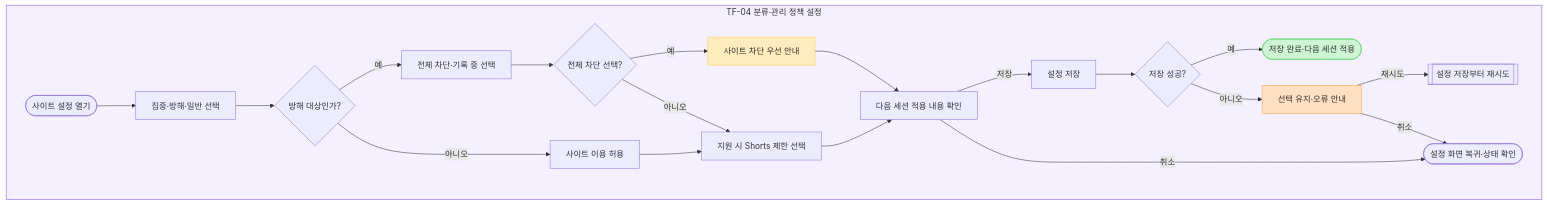
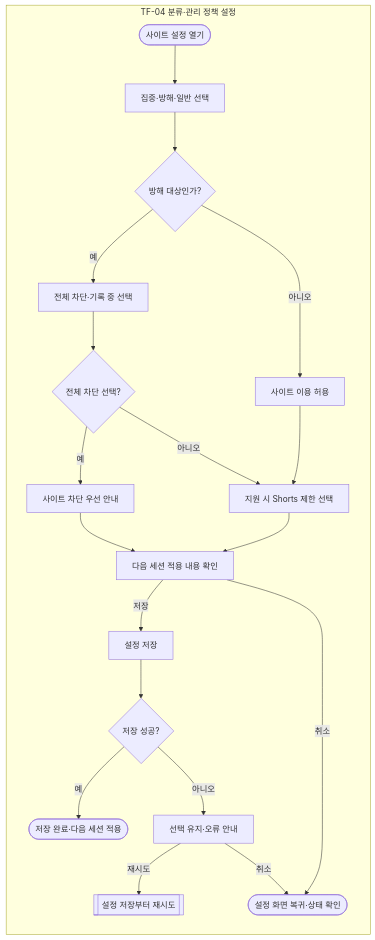
Before and after one commit to kdu-sw-capstone/capstone-project: the fourth of 13 diagrams in docs/design/01_UX_기능설계/FOCURVE_Task_Flow_v1.0.md, drawn with Mermaid. The commit also changed other lines of this file and 34 other files, not shown here.

````diff
--- a/docs/design/01_UX_기능설계/FOCURVE_Task_Flow_v1.0.md
+++ b/docs/design/01_UX_기능설계/FOCURVE_Task_Flow_v1.0.md
@@ -214,41 +205,38 @@
 ```mermaid
 flowchart TB
 subgraph taskFour["TF-04 분류·관리 정책 설정"]
+    direction TB
 polOpen(["사이트 설정 열기"])
 polClass["집중·방해·일반 선택"]
 polDistract{"방해 대상인가?"}
 polMode["전체 차단·기록 중 선택"]
 polAllow["사이트 이용 허용"]
 polBlocked{"전체 차단 선택?"}
 polPriority["사이트 차단 우선 안내"]
 polFeature["지원 시 Shorts 제한 선택"]
 polPreview["다음 세션 적용 내용 확인"]
 polSave["설정 저장"]
 polSaved{"저장 성공?"}
 polError["선택 유지·오류 안내"]
 polDone(["저장 완료·다음 세션 적용"])
 polCancel(["설정 화면 복귀·상태 확인"])
 polOpen --> polClass
 polClass --> polDistract
 polDistract -->|"예"| polMode
 polDistract -->|"아니오"| polAllow
 polMode --> polBlocked
 polBlocked -->|"예"| polPriority
 polBlocked -->|"아니오"| polFeature
 polAllow --> polFeature
 polPriority --> polPreview
 polFeature --> polPreview
 polPreview -->|"저장"| polSave
 polPreview -->|"취소"| polCancel
 polSave --> polSaved
 polSaved -->|"예"| polDone
 polSaved -->|"아니오"| polError
 polError -->|"재시도"| polRetry
 polError -->|"취소"| polCancel
 polRetry[["설정 저장부터 재시도"]]
 end
-style taskFour fill:#F5F0FF,stroke:#874FFF
-style polPriority fill:#FFECBD,stroke:#FFC943
-style polError fill:#FFE0C2,stroke:#FF9E42
-style polDone fill:#CDF4D3,stroke:#66D575
 ```
````
